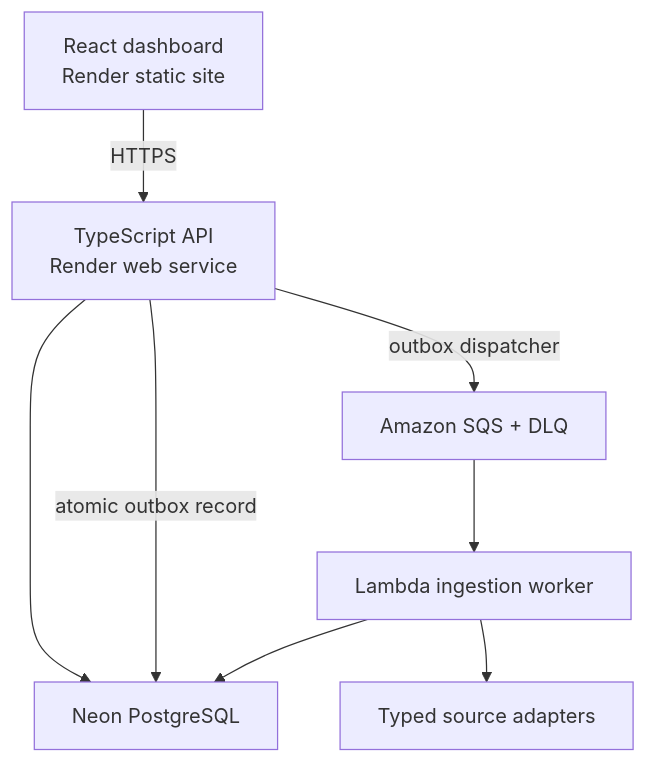
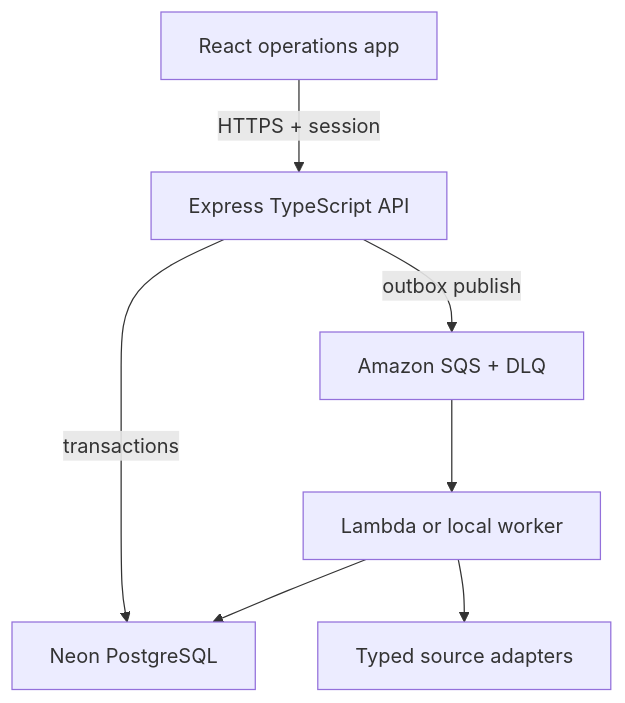
Before and after one commit to Zebishah/DealerFlow: the diagram in rta-marketing/README.md, drawn with Mermaid. The commit also changed other lines of this file, not shown here.

Commit message:
docs: align architecture and workflows with the product

````diff
--- a/rta-marketing/README.md
+++ b/rta-marketing/README.md
@@ -20,10 +34,9 @@
 ```mermaid
 flowchart TD
-  UI["React dashboard<br/>Render static site"] -->|HTTPS| API["TypeScript API<br/>Render web service"]
-  API --> DB["Neon PostgreSQL"]
-  API -->|atomic outbox record| DB
-  API -->|outbox dispatcher| SQS["Amazon SQS + DLQ"]
-  SQS --> WORKER["Lambda ingestion worker"]
-  WORKER --> SOURCES["Typed source adapters"]
+  WEB["React operations app"] -->|HTTPS + session| API["Express TypeScript API"]
+  API -->|transactions| DB["Neon PostgreSQL"]
+  API -->|outbox publish| SQS["Amazon SQS + DLQ"]
+  SQS --> WORKER["Lambda or local worker"]
+  WORKER --> ADAPTERS["Typed source adapters"]
   WORKER --> DB
 ```
````
